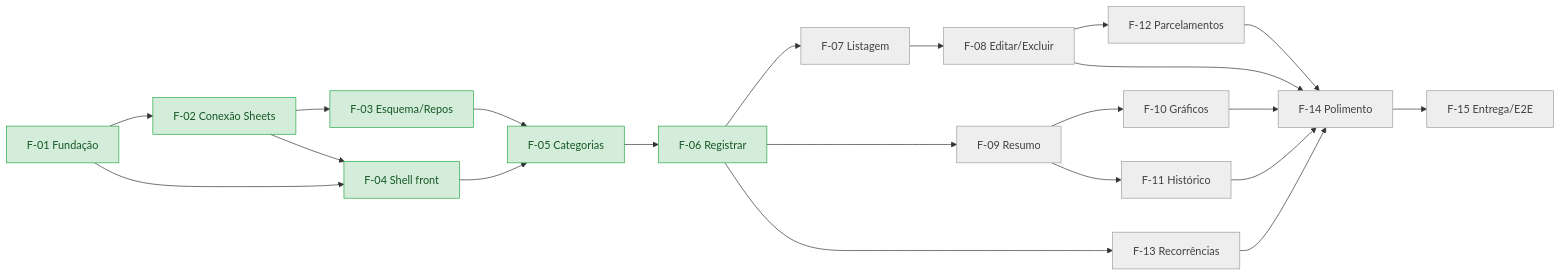
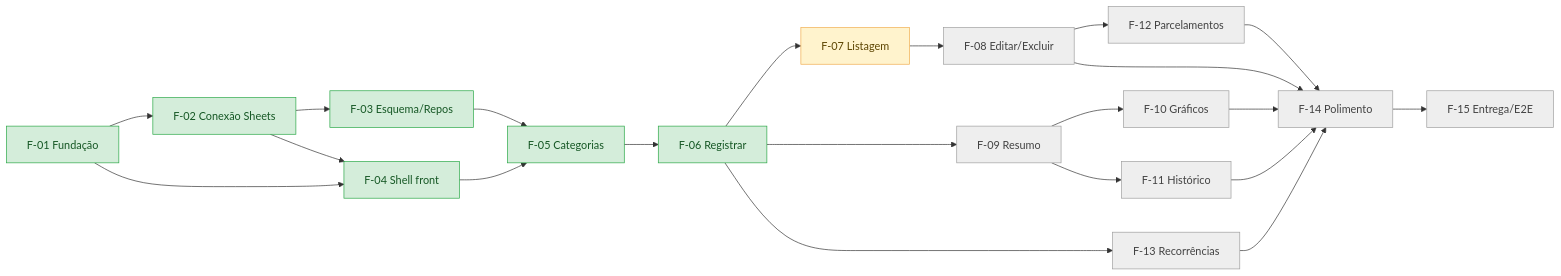
The diagram in SPECS/05-acompanhamento.md (Pedrohcs/PlanilhaFinanceira), drawn with Mermaid before and after one commit. The commit also changed other lines of this file and 11 other files, not shown here.

````diff
--- a/SPECS/05-acompanhamento.md
+++ b/SPECS/05-acompanhamento.md
@@ -64,23 +64,24 @@
 ```mermaid
 flowchart LR
     F01[F-01 Fundação] --> F02[F-02 Conexão Sheets] --> F03[F-03 Esquema/Repos]
     F01 --> F04[F-04 Shell front]
     F02 --> F04
     F03 --> F05[F-05 Categorias]
     F04 --> F05
     F05 --> F06[F-06 Registrar]
     F06 --> F07[F-07 Listagem] --> F08[F-08 Editar/Excluir]
     F06 --> F09[F-09 Resumo]
     F09 --> F10[F-10 Gráficos]
     F09 --> F11[F-11 Histórico]
     F08 --> F12[F-12 Parcelamentos]
     F06 --> F13[F-13 Recorrências]
     F08 & F10 & F11 & F12 & F13 --> F14[F-14 Polimento]
     F14 --> F15[F-15 Entrega/E2E]
 
     classDef naoIniciada fill:#eeeeee,stroke:#9e9e9e,color:#424242;
     classDef iniciada fill:#fff3cd,stroke:#f0ad4e,color:#5c4400;
     classDef concluida fill:#d4edda,stroke:#28a745,color:#155724;
-    class F07,F08,F09,F10,F11,F12,F13,F14,F15 naoIniciada;
+    class F08,F09,F10,F11,F12,F13,F14,F15 naoIniciada;
+    class F07 iniciada;
     class F01,F02,F03,F04,F05,F06 concluida;
 ```
````
